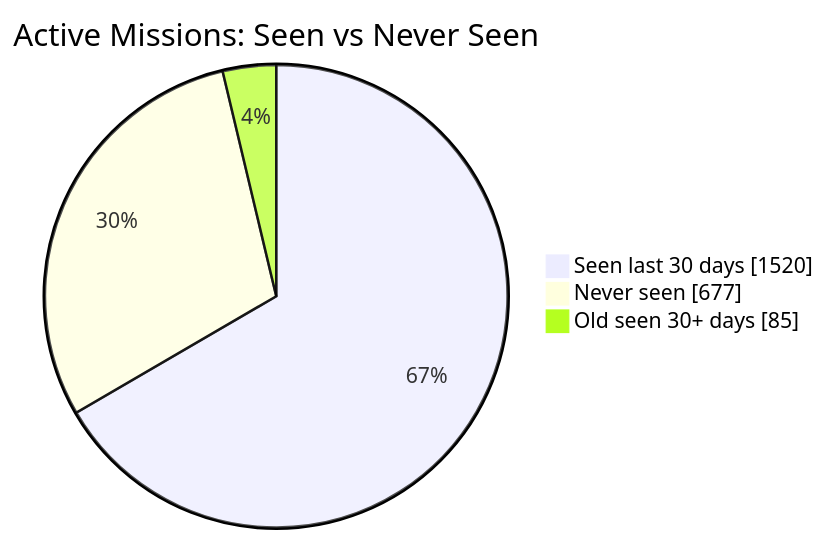
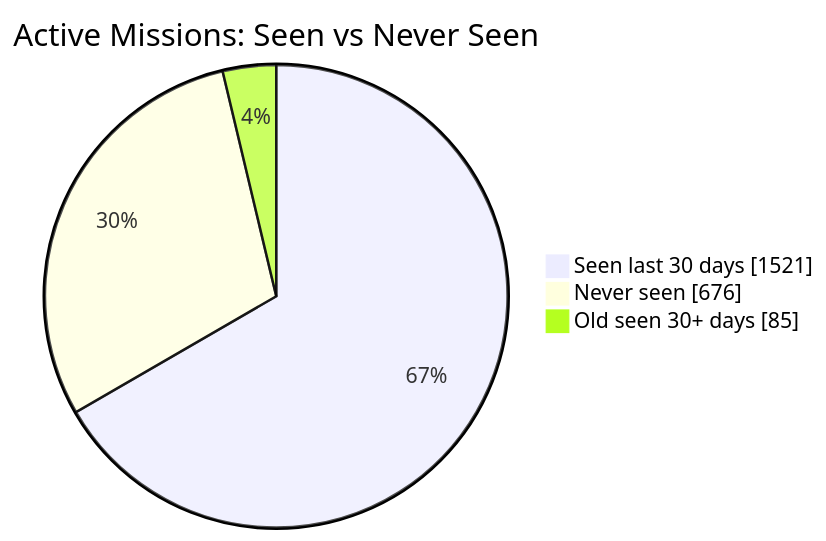
Before and after one commit to MeldkamerspelGameTeam/active-missions: the first of 2 diagrams in README.md, drawn with Mermaid. The commit also changed other lines of this file and 2 other files, not shown here.

````diff
--- a/README.md
+++ b/README.md
@@ -34,7 +34,7 @@
 ```mermaid
 pie showData
     title Active Missions: Seen vs Never Seen
-    "Seen last 30 days" : 1520
-    "Never seen" : 677
+    "Seen last 30 days" : 1521
+    "Never seen" : 676
     "Old seen 30+ days" : 85
 ```
````
